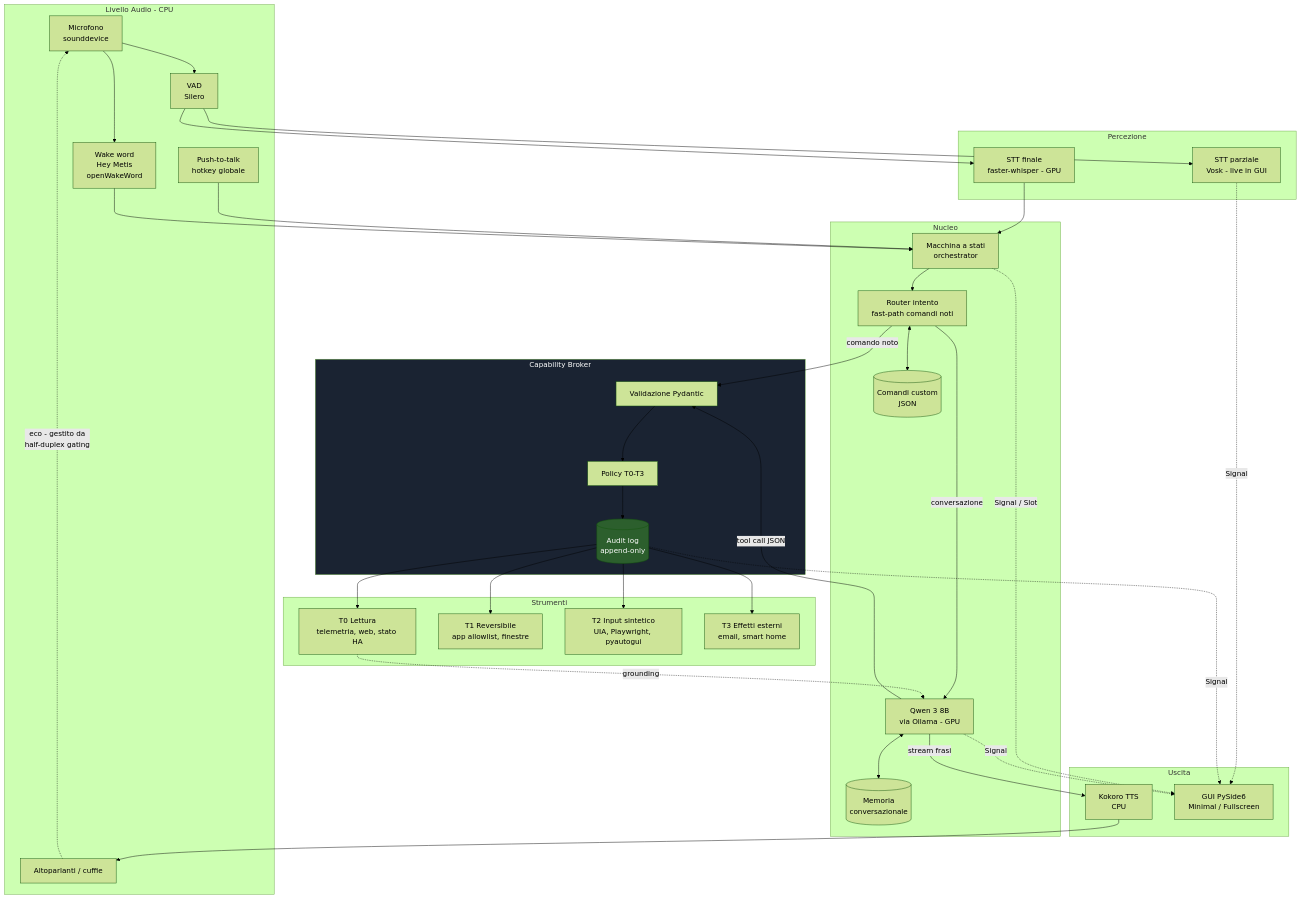
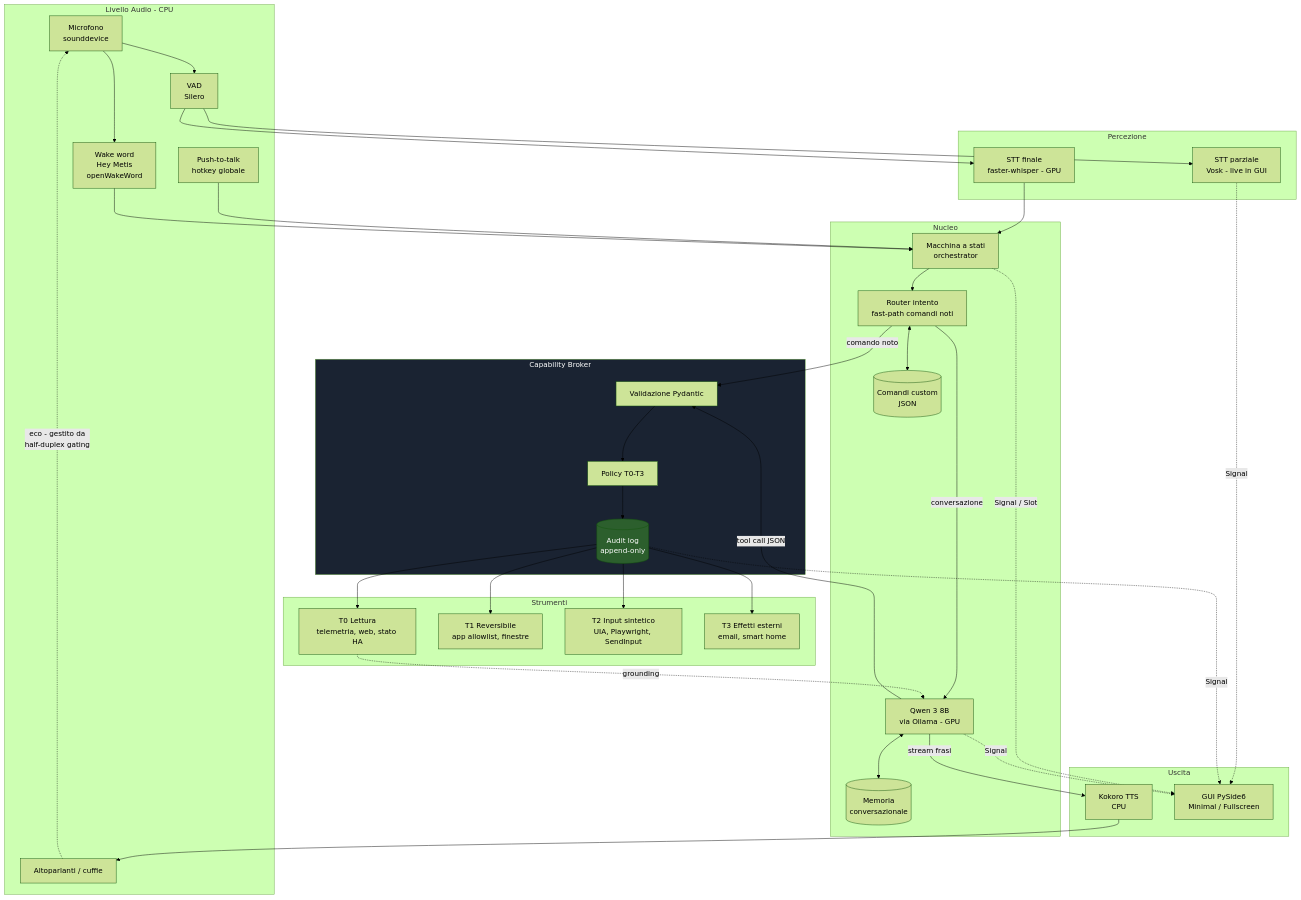
Before and after one commit to markvonturin777/Metis: the second of 8 diagrams in SPECS/Metis_V1.0_Specifica_Ufficiale.md, drawn with Mermaid (forest theme). The commit also changed other lines of this file and 42 other files, not shown here.

````diff
--- a/SPECS/Metis_V1.0_Specifica_Ufficiale.md
+++ b/SPECS/Metis_V1.0_Specifica_Ufficiale.md
@@ -166,66 +166,66 @@
 ```mermaid
 flowchart TB
     subgraph AUDIO["Livello Audio - CPU"]
         MIC["Microfono<br/>sounddevice"]
         WW["Wake word<br/>Hey Metis<br/>openWakeWord"]
         VAD["VAD<br/>Silero"]
         PTT["Push-to-talk<br/>hotkey globale"]
         SPK["Altoparlanti / cuffie"]
     end
 
     subgraph PERC["Percezione"]
         STTP["STT parziale<br/>Vosk - live in GUI"]
         STTF["STT finale<br/>faster-whisper - GPU"]
     end
 
     subgraph BRAIN["Nucleo"]
         FSM["Macchina a stati<br/>orchestrator"]
         ROUTER["Router intento<br/>fast-path comandi noti"]
         LLM["Qwen 3 8B<br/>via Ollama - GPU"]
         MEMC[("Memoria<br/>conversazionale")]
         MEMK[("Comandi custom<br/>JSON")]
     end
 
     subgraph SEC["Capability Broker"]
         VALID["Validazione Pydantic"]
         POLICY["Policy T0-T3"]
         AUDIT[("Audit log<br/>append-only")]
     end
 
     subgraph ACT["Strumenti"]
         T0["T0 Lettura<br/>telemetria, web, stato HA"]
         T1["T1 Reversibile<br/>app allowlist, finestre"]
-        T2["T2 Input sintetico<br/>UIA, Playwright, pyautogui"]
+        T2["T2 Input sintetico<br/>UIA, Playwright, SendInput"]
         T3["T3 Effetti esterni<br/>email, smart home"]
     end
 
     subgraph OUT["Uscita"]
         TTS["Kokoro TTS<br/>CPU"]
         GUIV["GUI PySide6<br/>Minimal / Fullscreen"]
     end
 
     MIC --> WW
     MIC --> VAD
     PTT --> FSM
     WW --> FSM
     VAD --> STTP & STTF
     STTP -. "Signal" .-> GUIV
     STTF --> FSM
     FSM --> ROUTER
     ROUTER -->|"comando noto"| VALID
     ROUTER -->|"conversazione"| LLM
     LLM <--> MEMC
     ROUTER <--> MEMK
     LLM -->|"tool call JSON"| VALID
     VALID --> POLICY --> AUDIT --> T0 & T1 & T2 & T3
     T0 -. "grounding" .-> LLM
     LLM -->|"stream frasi"| TTS
     TTS --> SPK
     SPK -. "eco - gestito da<br/>half-duplex gating" .-> MIC
     FSM -. "Signal / Slot" .-> GUIV
     LLM -. "Signal" .-> GUIV
     AUDIT -. "Signal" .-> GUIV
 
     style SEC fill:#1a2332,color:#fff
     style AUDIT fill:#2c5f2d,color:#fff
 ```
````
